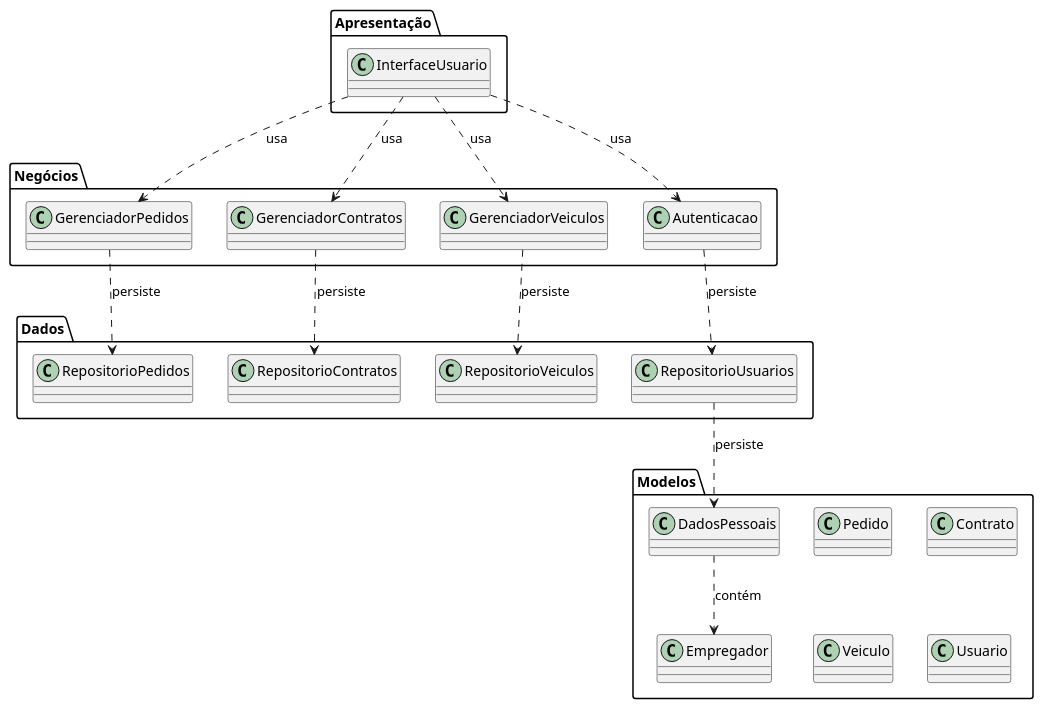
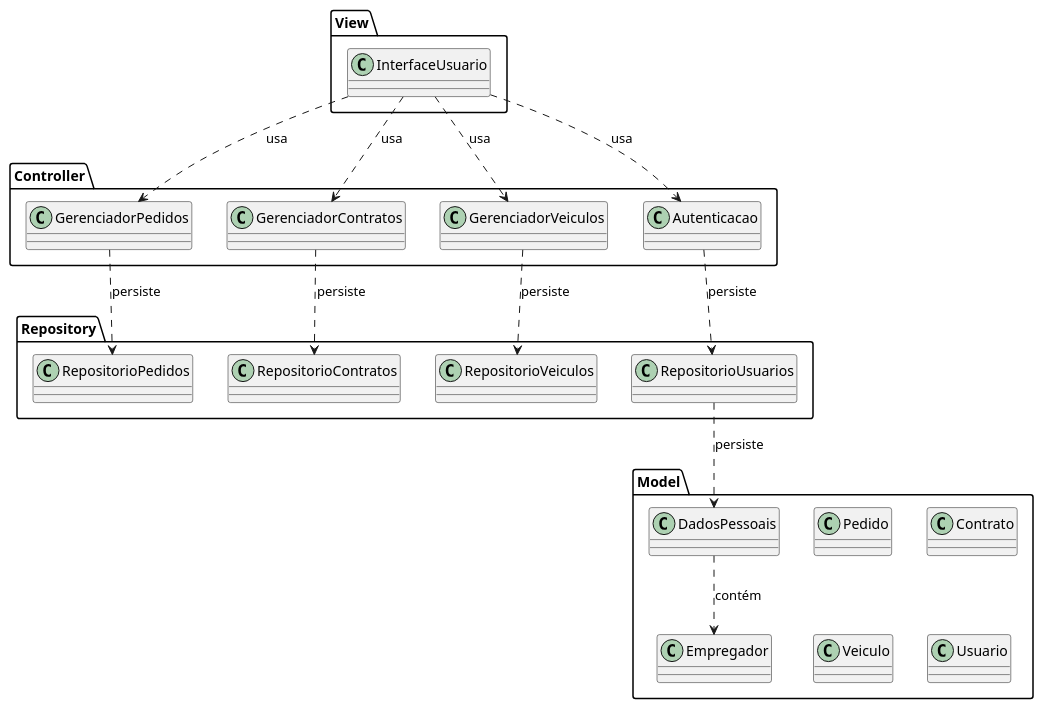
The diagram in projeto/Diagramas/diagrama-de-pacotes.puml (diascw/sistema-aluguel-de-carros), drawn with PlantUML before and after one commit.

```diff
--- a/projeto/Diagramas/diagrama-de-pacotes.puml
+++ b/projeto/Diagramas/diagrama-de-pacotes.puml
@@ -1,43 +1,43 @@
 @startuml
 
-package "Apresentação" {
+package "Model" {
+    class Pedido
+    class Contrato
+    class Veiculo
+    class Usuario
+    class DadosPessoais
+    class Empregador
+}
+
+package "View" {
     class InterfaceUsuario
 }
 
-package "Negócios" {
+package "Controller" {
     class GerenciadorPedidos
     class GerenciadorContratos
     class GerenciadorVeiculos
     class Autenticacao
 }
 
-package "Dados" {
+package "Repository" {
     class RepositorioPedidos
     class RepositorioContratos
     class RepositorioVeiculos
     class RepositorioUsuarios
-}
-
-package "Modelos" {
-    class Pedido
-    class Contrato
-    class Veiculo
-    class Usuario
-    class DadosPessoais
-    class Empregador
 }
 
 InterfaceUsuario ..> GerenciadorPedidos : usa
 InterfaceUsuario ..> GerenciadorContratos : usa
 InterfaceUsuario ..> GerenciadorVeiculos : usa
 InterfaceUsuario ..> Autenticacao : usa
 
 GerenciadorPedidos ..> RepositorioPedidos : persiste
 GerenciadorContratos ..> RepositorioContratos : persiste
 GerenciadorVeiculos ..> RepositorioVeiculos : persiste
 Autenticacao ..> RepositorioUsuarios : persiste
 
 RepositorioUsuarios ..> DadosPessoais : persiste
 DadosPessoais ..> Empregador : contém
 
 @enduml
```
